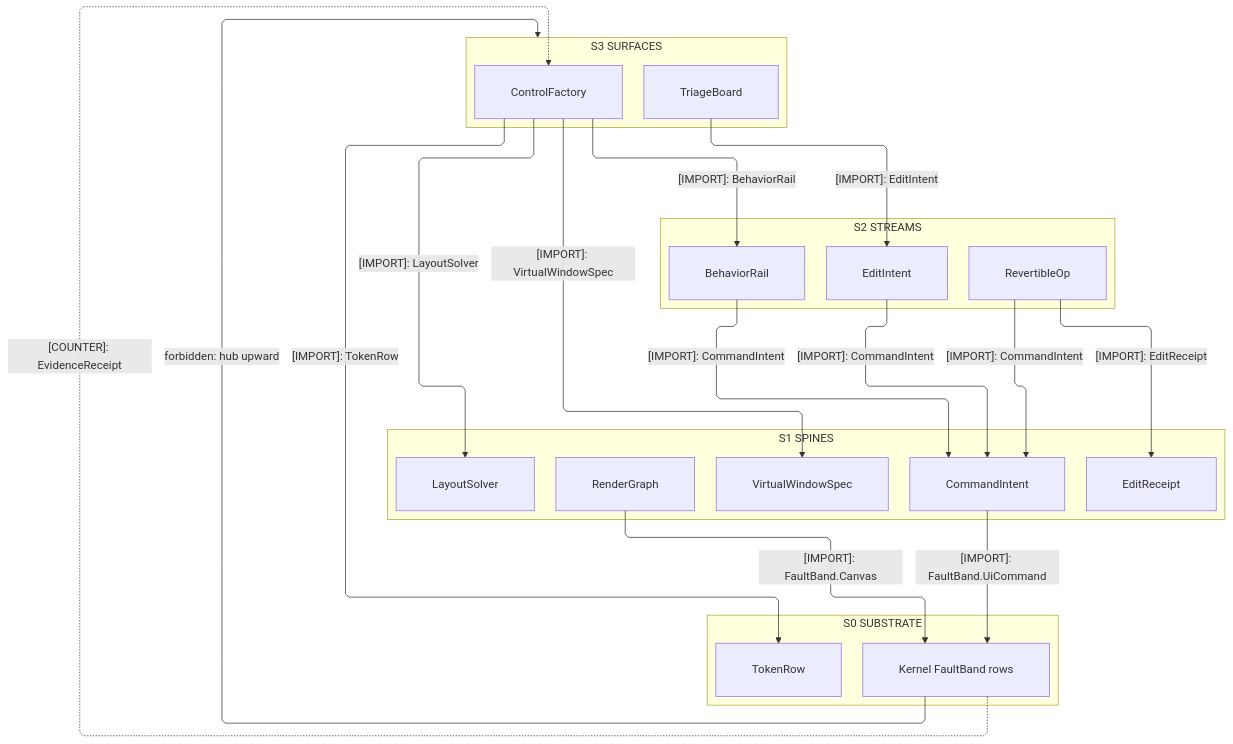
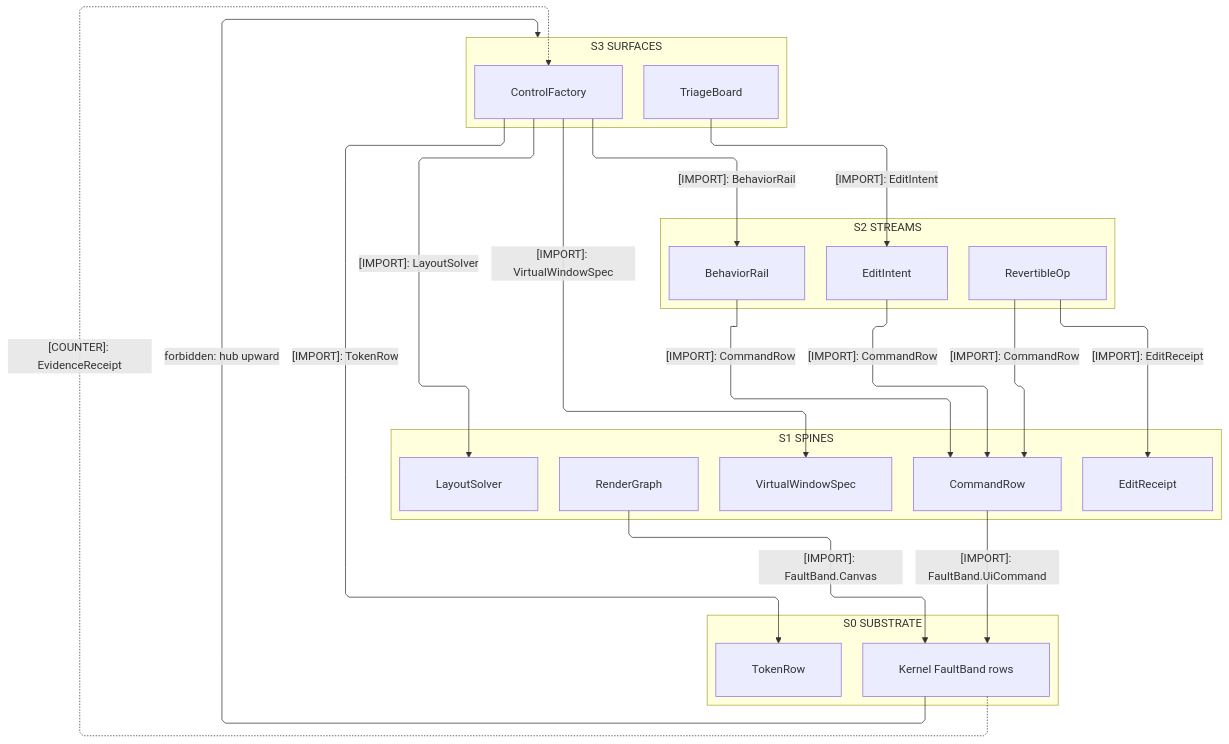
One commit to bsamiee/Rasm changed the first of 4 diagrams in libs/csharp/Rasm.AppUi/ARCHITECTURE.md. Above: the diagram before and after it, drawn with Mermaid. The commit also changed other lines of this file and 272 other files, not shown here.

````diff
--- a/libs/csharp/Rasm.AppUi/ARCHITECTURE.md
+++ b/libs/csharp/Rasm.AppUi/ARCHITECTURE.md
@@ -103,45 +103,45 @@
 ```mermaid
 ---
 config:
   layout: elk
   flowchart:
     curve: linear
     padding: 25
 ---
 flowchart TB
     accTitle: Rasm.AppUi interior strata
     accDescr: Which lower vocabulary each spine, stream, and surface owner consumes, and the EvidenceReceipt counter-edge the hub nests.
     subgraph S3["S3 SURFACES"]
         Factory[ControlFactory]
         Board[TriageBoard]
     end
     subgraph S2["S2 STREAMS"]
         Rail[BehaviorRail]
         Intent[EditIntent]
         Revert[RevertibleOp]
     end
     subgraph S1["S1 SPINES"]
-        Command[CommandIntent]
+        Command[CommandRow]
         Virtual[VirtualWindowSpec]
         Solver[LayoutSolver]
         Inspect[EditReceipt]
         Graph[RenderGraph]
     end
     subgraph S0["S0 SUBSTRATE"]
         Fault[Kernel FaultBand rows]
         Token[TokenRow]
     end
     Factory e1@-->|"[IMPORT]: VirtualWindowSpec"| Virtual
     Factory e2@-->|"[IMPORT]: LayoutSolver"| Solver
     Factory e3@-->|"[IMPORT]: BehaviorRail"| Rail
     Factory e4@-->|"[IMPORT]: TokenRow"| Token
     Board e5@-->|"[IMPORT]: EditIntent"| Intent
-    Rail e6@-->|"[IMPORT]: CommandIntent"| Command
-    Revert e7@-->|"[IMPORT]: CommandIntent"| Command
+    Rail e6@-->|"[IMPORT]: CommandRow"| Command
+    Revert e7@-->|"[IMPORT]: CommandRow"| Command
     Revert e8@-->|"[IMPORT]: EditReceipt"| Inspect
-    Intent e9@-->|"[IMPORT]: CommandIntent"| Command
+    Intent e9@-->|"[IMPORT]: CommandRow"| Command
     Command e10@-->|"[IMPORT]: FaultBand.UiCommand"| Fault
     Graph e11@-->|"[IMPORT]: FaultBand.Canvas"| Fault
     Fault e12@-.->|"[COUNTER]: EvidenceReceipt"| Factory
     Fault f1@-->|"forbidden: hub upward"| S3
 ```
````
